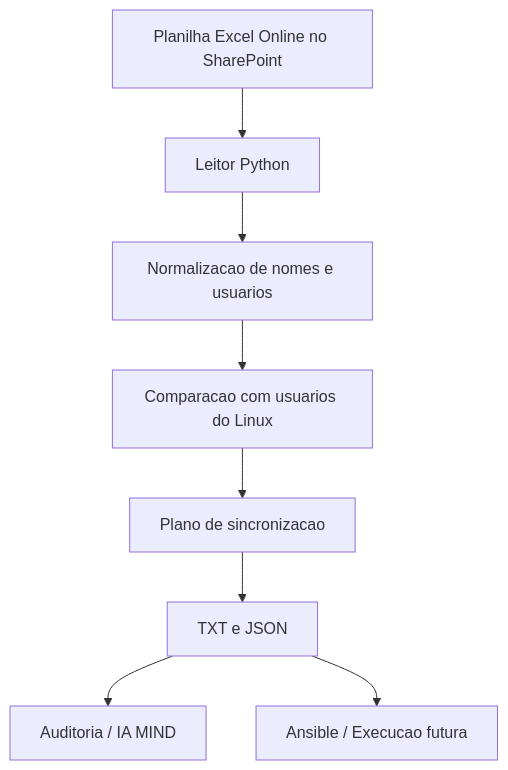
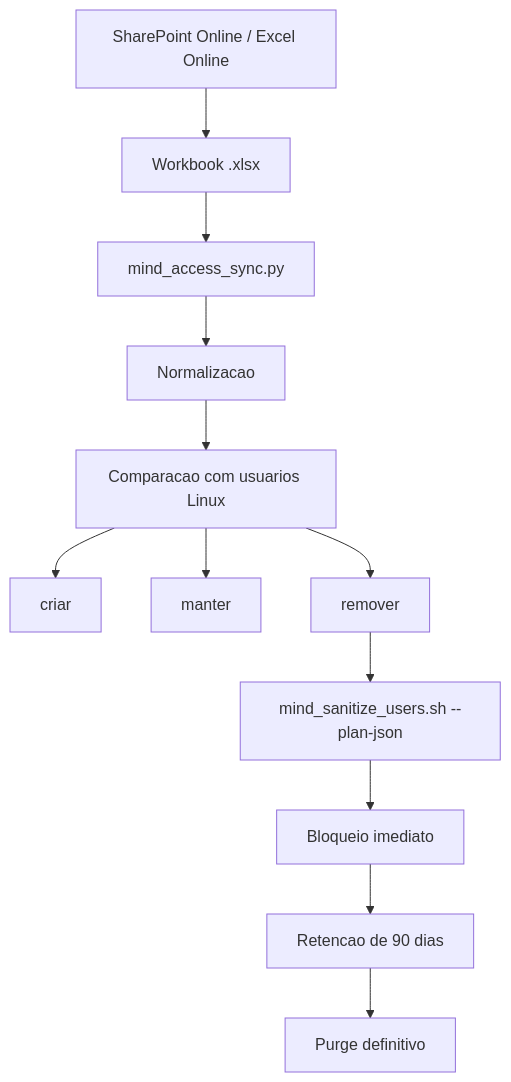
One commit to julyanarch/Hardening-IA_Projeto-de-estagio changed the diagram in README_acesso_excel.md. Above: the diagram before and after it, drawn with Mermaid. The commit also changed other lines of this file and 11 other files, not shown here.

````diff
--- a/README_acesso_excel.md
+++ b/README_acesso_excel.md
@@ -104,10 +89,14 @@
 ```mermaid
 flowchart TD
-    A[Planilha Excel Online no SharePoint] --> B[Leitor Python]
-    B --> C[Normalizacao de nomes e usuarios]
-    C --> D[Comparacao com usuarios do Linux]
-    D --> E[Plano de sincronizacao]
-    E --> F[TXT e JSON]
-    F --> G[Auditoria / IA MIND]
-    F --> H[Ansible / Execucao futura]
+    A[SharePoint Online / Excel Online] --> B[Workbook .xlsx]
+    B --> C[mind_access_sync.py]
+    C --> D[Normalizacao]
+    D --> E[Comparacao com usuarios Linux]
+    E --> F[criar]
+    E --> G[manter]
+    E --> H[remover]
+    H --> I[mind_sanitize_users.sh --plan-json]
+    I --> J[Bloqueio imediato]
+    J --> K[Retencao de 90 dias]
+    K --> L[Purge definitivo]
 ```
````
